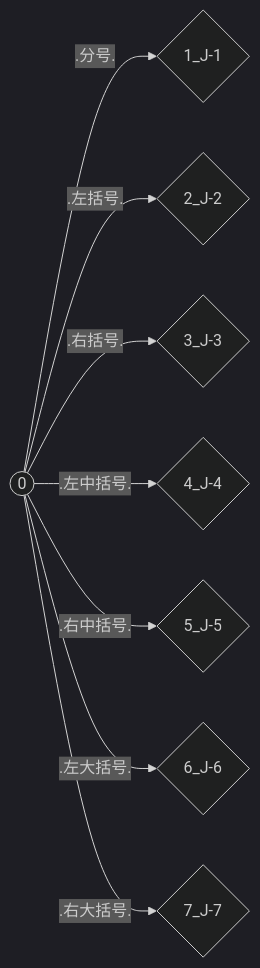
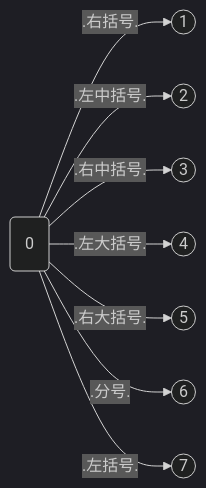
The diagram in doc/gen/LexicalInformation/stateMachine/J 状态机.md (Lxy417165709/translater), drawn with Mermaid (dark theme) before and after one commit. The commit also changed 26 other files, not shown here.

````diff
--- a/doc/gen/LexicalInformation/stateMachine/J 状态机.md
+++ b/doc/gen/LexicalInformation/stateMachine/J 状态机.md
@@ -1,10 +1,10 @@
 ```mermaid
 graph LR
-id:0((0)) -- .分号. --> id:1{1_J-1}
-id:0((0)) -- .左括号. --> id:2{2_J-2}
-id:0((0)) -- .右括号. --> id:3{3_J-3}
-id:0((0)) -- .左中括号. --> id:4{4_J-4}
-id:0((0)) -- .右中括号. --> id:5{5_J-5}
-id:0((0)) -- .左大括号. --> id:6{6_J-6}
-id:0((0)) -- .右大括号. --> id:7{7_J-7}
+id:0(0) -- .右括号. --> id:1((1))
+id:0(0) -- .左中括号. --> id:2((2))
+id:0(0) -- .右中括号. --> id:3((3))
+id:0(0) -- .左大括号. --> id:4((4))
+id:0(0) -- .右大括号. --> id:5((5))
+id:0(0) -- .分号. --> id:6((6))
+id:0(0) -- .左括号. --> id:7((7))
 ```
````
